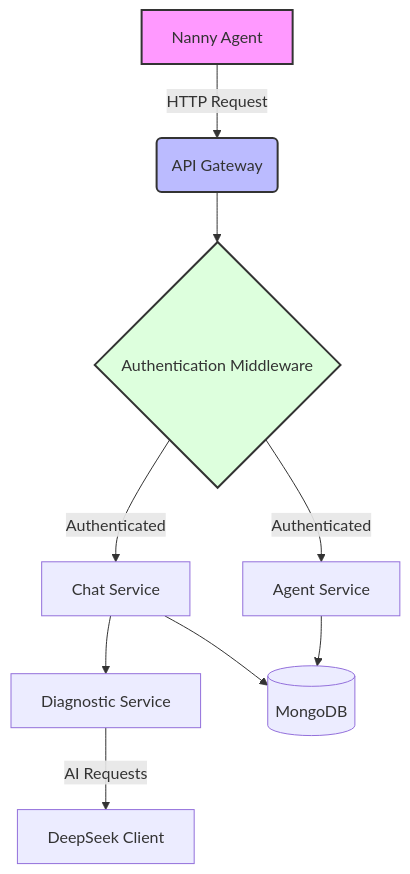
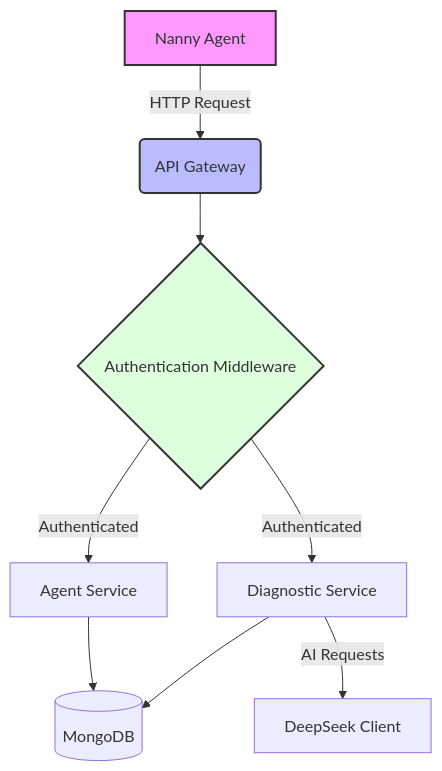
The first of 3 diagrams in docs/ARCHITECTURE.md (nannyagent/nannyapi), drawn with Mermaid before and after one commit. The commit also changed other lines of this file and 21 other files, not shown here.

````diff
--- a/docs/ARCHITECTURE.md
+++ b/docs/ARCHITECTURE.md
@@ -19,15 +19,14 @@
 ```mermaid
 graph TD
     A[Nanny Agent] -->|HTTP Request| B(API Gateway)
     B --> C{Authentication Middleware}
-    C -->|Authenticated| D[Chat Service]
     C -->|Authenticated| E[Agent Service]
-    D --> F[Diagnostic Service]
+    C -->|Authenticated| F[Diagnostic Service]
     F -->|AI Requests| G[DeepSeek Client]
-    D --> I[(MongoDB)]
-    E --> I
+    E --> I[(MongoDB)]
+    F --> I
 
     style A fill:#f9f,stroke:#333,stroke-width:2px
     style B fill:#bbf,stroke:#333,stroke-width:2px
     style C fill:#dfd,stroke:#333,stroke-width:2px
 ```
````
